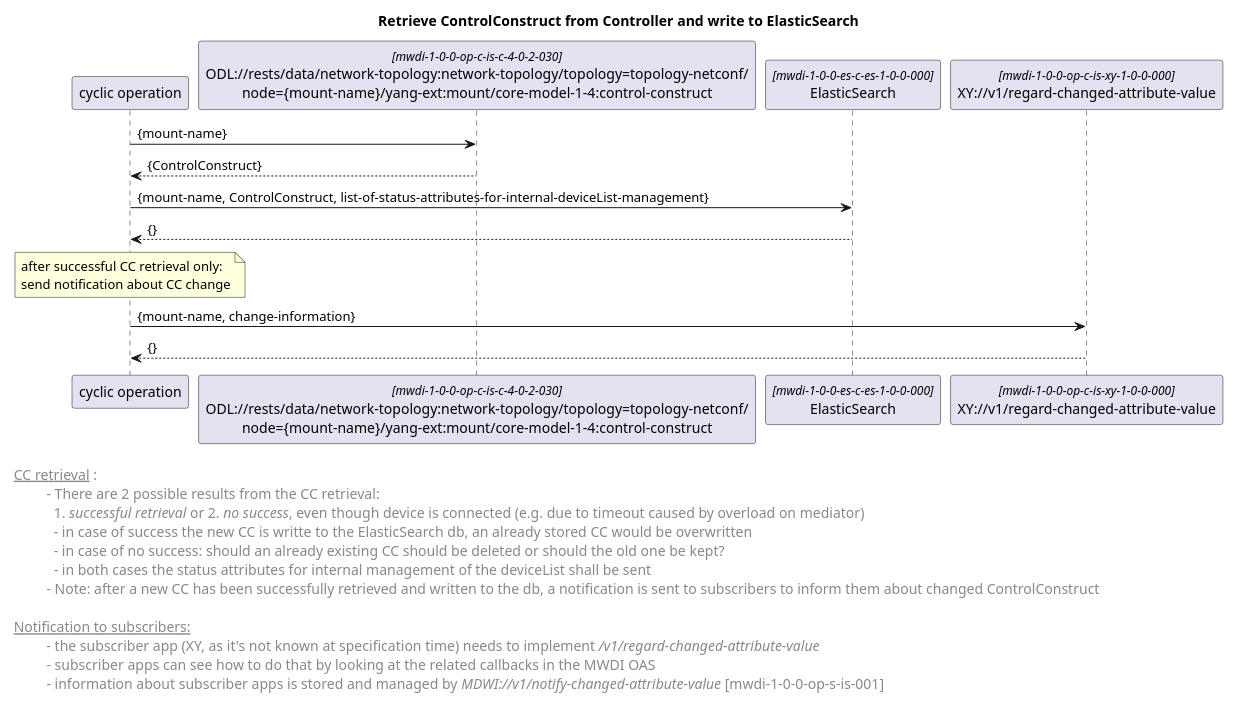
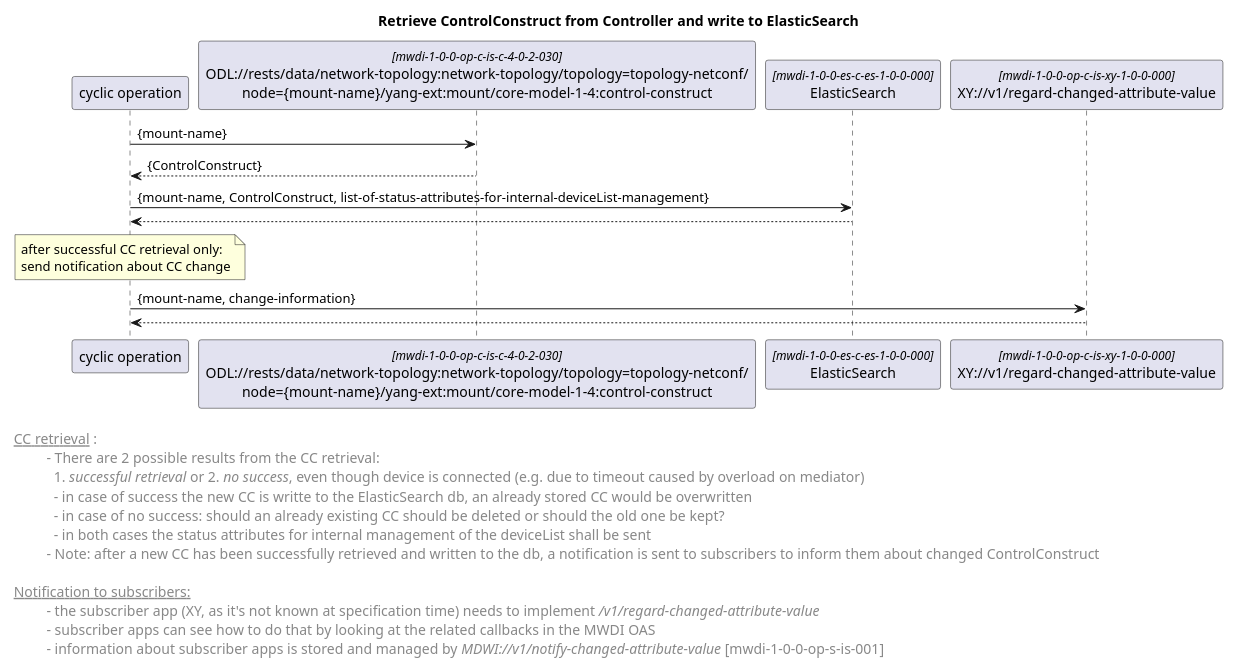
Before and after one commit to openBackhaul/MicroWaveDeviceInventory: the diagram in spec/diagrams/forwardings/done/03x_forwardingCyclicOperationRetrieveControlConstruct.plantuml, drawn with PlantUML. The commit also changed 5 other files, not shown here.

```diff
--- a/spec/diagrams/forwardings/done/03x_forwardingCyclicOperationRetrieveControlConstruct.plantuml
+++ b/spec/diagrams/forwardings/done/03x_forwardingCyclicOperationRetrieveControlConstruct.plantuml
@@ -1,53 +1,53 @@
 @startuml
 skinparam responseMessageBelowArrow true
 skinparam guillemet [ ]
 skinparam participant {
   StereotypeFontSize 12  
 }
 
 title Retrieve ControlConstruct from Controller and write to ElasticSearch
 
 'participants
 participant "cyclic operation" as cyclicop
 participant "ODL://rests/data/network-topology:network-topology/topology=topology-netconf/\nnode={mount-name}/yang-ext:mount/core-model-1-4:control-construct" as odlcc <<mwdi-1-0-0-op-c-is-c-4-0-2-030>>
 participant "ElasticSearch" as es <<mwdi-1-0-0-es-c-es-1-0-0-000>>
 participant "XY://v1/regard-changed-attribute-value" as notification <<mwdi-1-0-0-op-c-is-xy-1-0-0-000>>
 
 cyclicop -> odlcc: {mount-name}
 odlcc --> cyclicop: {ControlConstruct}
 
 
 cyclicop -> es: {mount-name, ControlConstruct, list-of-status-attributes-for-internal-deviceList-management}
-es --> cyclicop: {}
+es --> cyclicop
 
 note over cyclicop: after successful CC retrieval only: \nsend notification about CC change
 
 cyclicop -> notification: {mount-name, change-information}
-notification --> cyclicop: {}
+notification --> cyclicop
 
 
 left footer 
 
 <u> CC retrieval </u>:
 \t  - There are 2 possible results from the CC retrieval: 
 \t    1. <i>successful retrieval</i> or 2. <i>no success</i>, even though device is connected (e.g. due to timeout caused by overload on mediator)
 \t    - in case of success the new CC is writte to the ElasticSearch db, an already stored CC would be overwritten
 \t    - in case of no success: should an already existing CC should be deleted or should the old one be kept?
 \t    - in both cases the status attributes for internal management of the deviceList shall be sent
 \t  - Note: after a new CC has been successfully retrieved and written to the db, a notification is sent to subscribers to inform them about changed ControlConstruct
 
 <u> Notification to subscribers: </u>
 \t  - the subscriber app (XY, as it's not known at specification time) needs to implement <i>/v1/regard-changed-attribute-value</i>
 \t  - subscriber apps can see how to do that by looking at the related callbacks in the MWDI OAS 
 \t  - information about subscriber apps is stored and managed by <i>MDWI://v1/notify-changed-attribute-value</i> [mwdi-1-0-0-op-s-is-001]
 end footer
 
 <style>
 footer {
   HorizontalAlignment left
   FontSize 14
 }
 </style>
 
 
 @enduml
```
